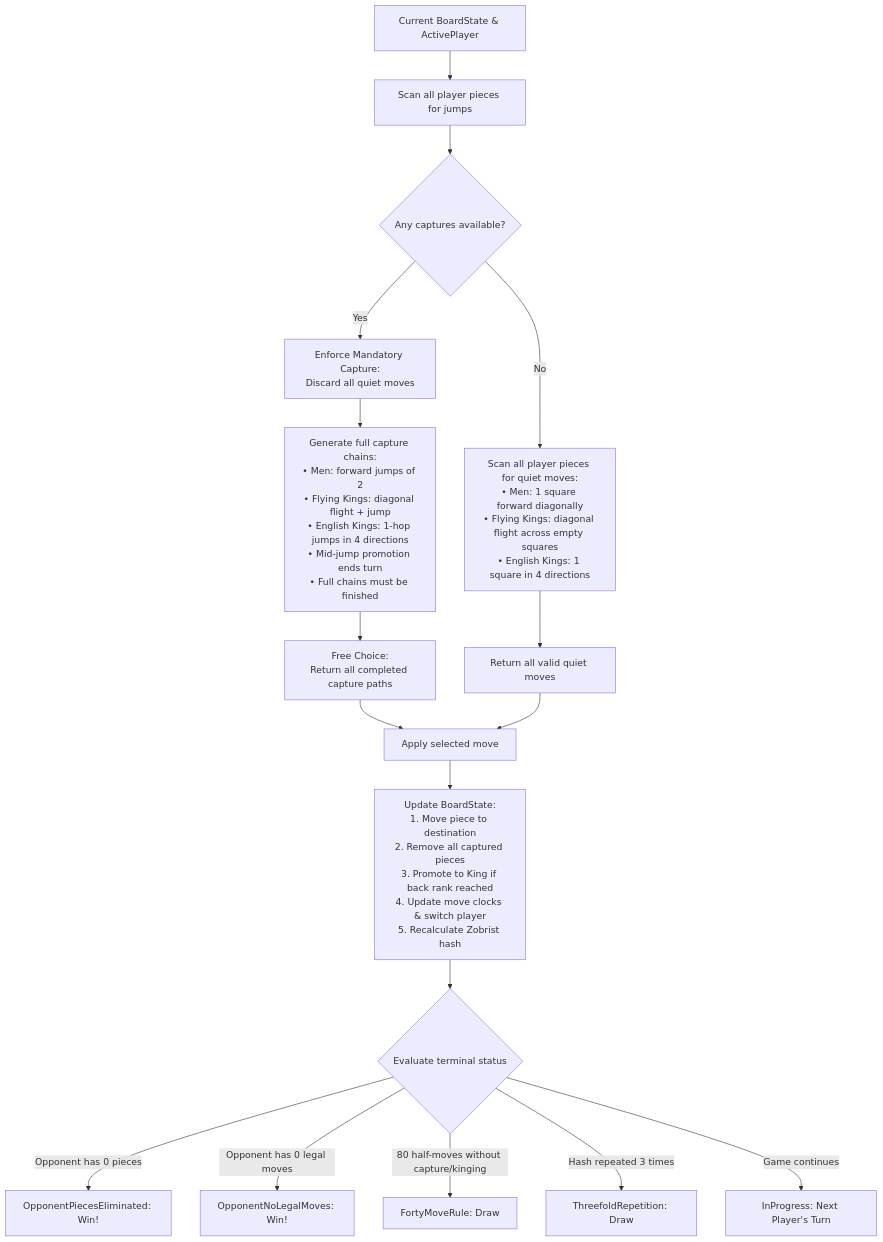
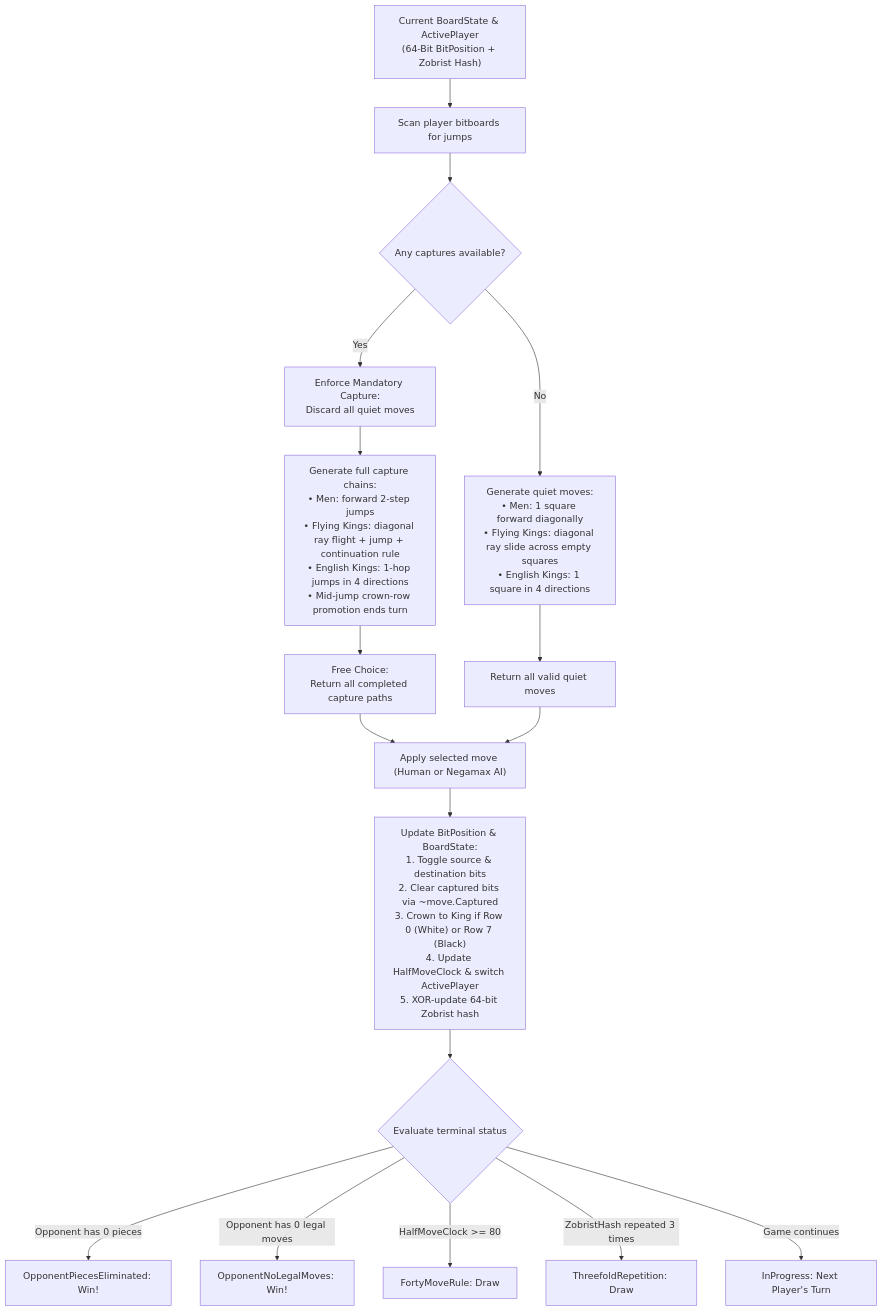
One commit to cjp-dev/Checkers changed the first of 2 diagrams in docs/brain/README.md. Above: the diagram before and after it, drawn with Mermaid. The commit also changed other lines of this file and 19 other files, not shown here.

````diff
--- a/docs/brain/README.md
+++ b/docs/brain/README.md
@@ -20,24 +20,24 @@
 ```mermaid
 flowchart TD
-    Start["Current BoardState & ActivePlayer"] --> ScanCaptures["Scan all player pieces for jumps"]
+    Start["Current BoardState & ActivePlayer<br/>(64-Bit BitPosition + Zobrist Hash)"] --> ScanCaptures["Scan player bitboards for jumps"]
     ScanCaptures --> HasCaptures{"Any captures available?"}
     
     HasCaptures -- "Yes" --> MandatoryRule["Enforce Mandatory Capture:<br/>Discard all quiet moves"]
-    MandatoryRule --> GenCaptures["Generate full capture chains:<br/>• Men: forward jumps of 2<br/>• Flying Kings: diagonal flight + jump<br/>• English Kings: 1-hop jumps in 4 directions<br/>• Mid-jump promotion ends turn<br/>• Full chains must be finished"]
+    MandatoryRule --> GenCaptures["Generate full capture chains:<br/>• Men: forward 2-step jumps<br/>• Flying Kings: diagonal ray flight + jump + continuation rule<br/>• English Kings: 1-hop jumps in 4 directions<br/>• Mid-jump crown-row promotion ends turn"]
     GenCaptures --> FreeChoice["Free Choice:<br/>Return all completed capture paths"]
     
-    HasCaptures -- "No" --> ScanQuiet["Scan all player pieces for quiet moves:<br/>• Men: 1 square forward diagonally<br/>• Flying Kings: diagonal flight across empty squares<br/>• English Kings: 1 square in 4 directions"]
+    HasCaptures -- "No" --> ScanQuiet["Generate quiet moves:<br/>• Men: 1 square forward diagonally<br/>• Flying Kings: diagonal ray slide across empty squares<br/>• English Kings: 1 square in 4 directions"]
     ScanQuiet --> ReturnQuiet["Return all valid quiet moves"]
     
-    FreeChoice --> ApplyMove["Apply selected move"]
+    FreeChoice --> ApplyMove["Apply selected move (Human or Negamax AI)"]
     ReturnQuiet --> ApplyMove
     
-    ApplyMove --> Mutate["Update BoardState:<br/>1. Move piece to destination<br/>2. Remove all captured pieces<br/>3. Promote to King if back rank reached<br/>4. Update move clocks & switch player<br/>5. Recalculate Zobrist hash"]
+    ApplyMove --> Mutate["Update BitPosition & BoardState:<br/>1. Toggle source & destination bits<br/>2. Clear captured bits via ~move.Captured<br/>3. Crown to King if Row 0 (White) or Row 7 (Black)<br/>4. Update HalfMoveClock & switch ActivePlayer<br/>5. XOR-update 64-bit Zobrist hash"]
     
     Mutate --> CheckEnd{"Evaluate terminal status"}
     CheckEnd -- "Opponent has 0 pieces" --> WinElim["OpponentPiecesEliminated: Win!"]
     CheckEnd -- "Opponent has 0 legal moves" --> WinBlock["OpponentNoLegalMoves: Win!"]
-    CheckEnd -- "80 half-moves without capture/kinging" --> Draw40["FortyMoveRule: Draw"]
-    CheckEnd -- "Hash repeated 3 times" --> DrawRep["ThreefoldRepetition: Draw"]
+    CheckEnd -- "HalfMoveClock >= 80" --> Draw40["FortyMoveRule: Draw"]
+    CheckEnd -- "ZobristHash repeated 3 times" --> DrawRep["ThreefoldRepetition: Draw"]
     CheckEnd -- "Game continues" --> NextTurn["InProgress: Next Player's Turn"]
 ```
````
